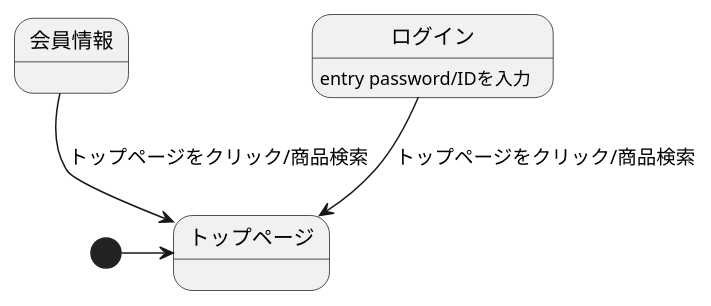
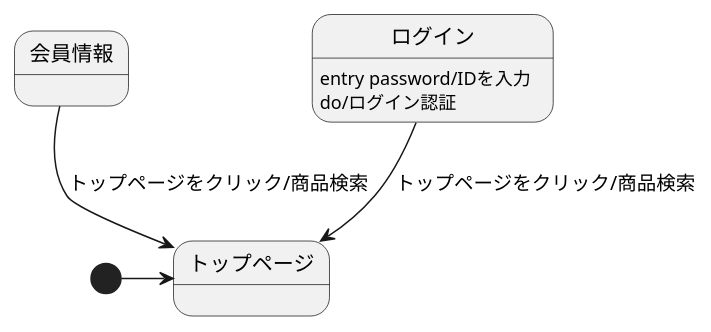
The diagram in stm01.md (Aso2001388/2021sys-design), drawn with PlantUML before and after one commit.

````diff
--- a/stm01.md
+++ b/stm01.md
@@ -1,9 +1,10 @@
 ```uml
 @startuml
 [*]->トップページ
 会員情報-->トップページ:トップページをクリック/商品検索
 ログイン-->トップページ:トップページをクリック/商品検索
 ログイン: entry password/IDを入力
+ログイン:do/ログイン認証
 
 @enduml
 ```
````
